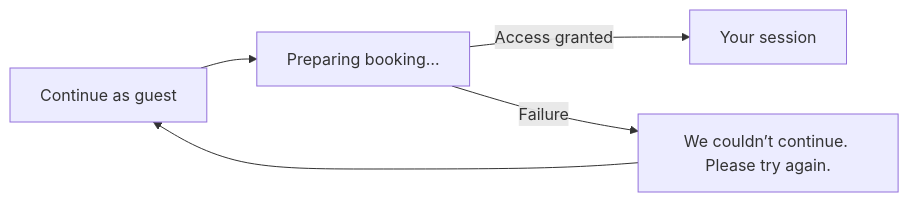
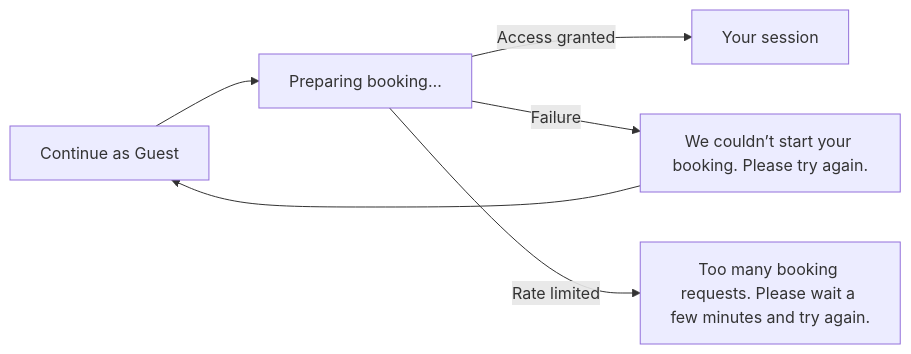
The first of 19 diagrams in docs/booking-flows.md (soccerbotstudiosg/soccerbotstudioSG), drawn with Mermaid before and after one commit. The commit also changed other lines of this file and 44 other files, not shown here.

````diff
--- a/docs/booking-flows.md
+++ b/docs/booking-flows.md
@@ -14,7 +16,8 @@
 ```mermaid
 flowchart LR
-  A["Continue as guest"] --> B["Preparing booking…"]
+  A["Continue as Guest"] --> B["Preparing booking…"]
   B -->|Access granted| C["Your session"]
-  B -->|Failure| D["We couldn’t continue. Please try again."]
+  B -->|Failure| D["We couldn’t start your booking. Please try again."]
+  B -->|Rate limited| E["Too many booking requests. Please wait a few minutes and try again."]
   D --> A
 ```
````
